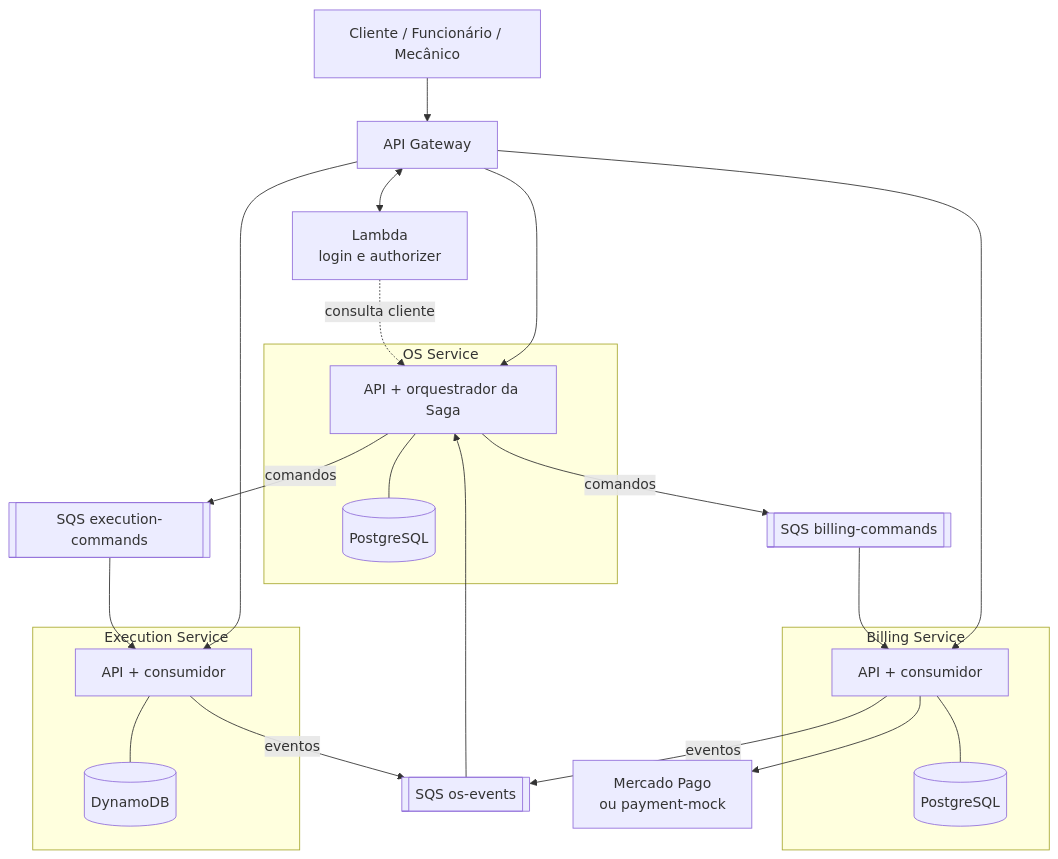
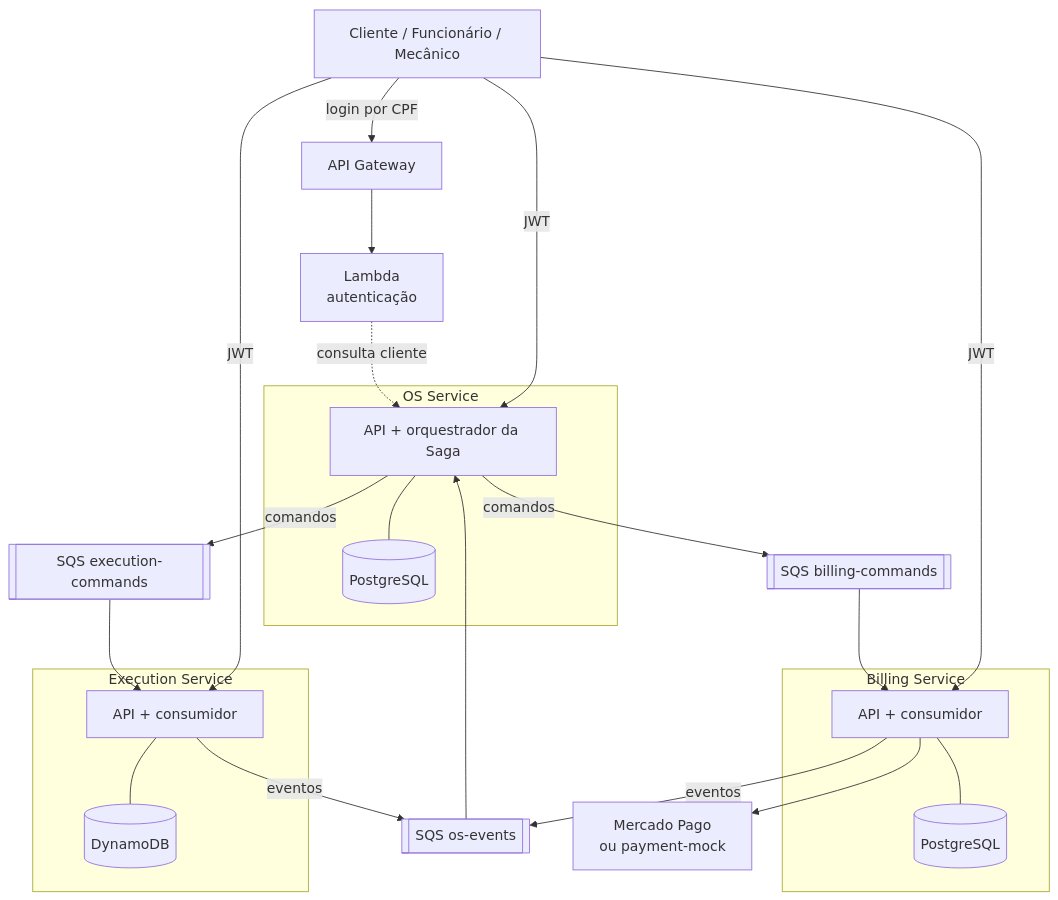
One commit to Jackeline2020/app-autoshop changed the first of 3 diagrams in docs/architecture.md. Above: the diagram before and after it, drawn with Mermaid. The commit also changed other lines of this file and 16 other files, not shown here.

````diff
--- a/docs/architecture.md
+++ b/docs/architecture.md
@@ -22,38 +22,38 @@
 ```mermaid
 flowchart TB
-    U[Cliente / Funcionário / Mecânico] --> GW[API Gateway]
-    GW <--> AUTH[Lambda<br/>login e authorizer]
+    U[Cliente / Funcionário / Mecânico]
+    U -- login por CPF --> GW[API Gateway] --> AUTH[Lambda<br/>autenticação]
 
     subgraph S1[OS Service]
         OS[API + orquestrador da Saga]
         OSDB[(PostgreSQL)]
         OS --- OSDB
     end
 
     subgraph S2[Execution Service]
         EX[API + consumidor]
         EXDB[(DynamoDB)]
         EX --- EXDB
     end
 
     subgraph S3[Billing Service]
         BI[API + consumidor]
         BIDB[(PostgreSQL)]
         BI --- BIDB
     end
 
-    GW --> OS
-    GW --> EX
-    GW --> BI
+    U -- JWT --> OS
+    U -- JWT --> EX
+    U -- JWT --> BI
     AUTH -. consulta cliente .-> OS
 
     OS -- comandos --> Q1[[SQS execution-commands]]
     OS -- comandos --> Q2[[SQS billing-commands]]
     Q1 --> EX
     Q2 --> BI
     EX -- eventos --> Q3[[SQS os-events]]
     BI -- eventos --> Q3
     Q3 --> OS
 
     BI --> PAY[Mercado Pago<br/>ou payment-mock]
 ```
````
